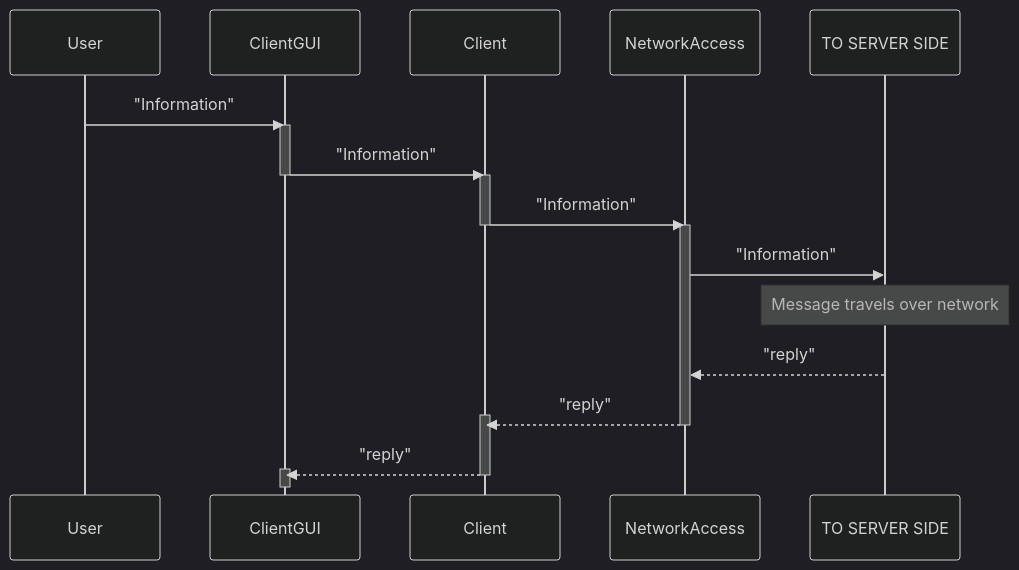
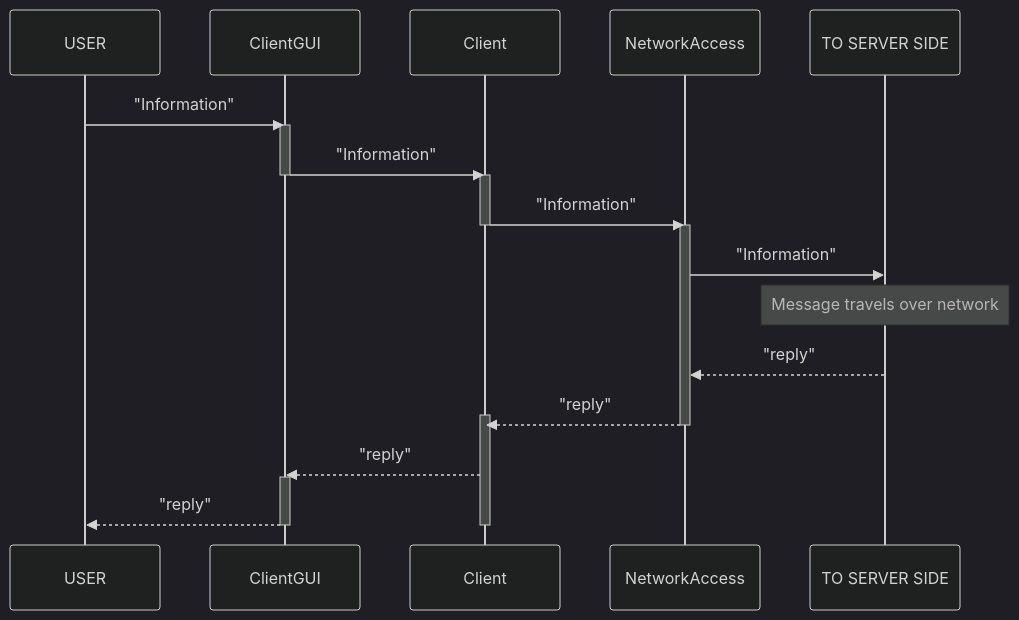
The first of 10 diagrams in Documentation/SequenceDiagrams.md (kalihale/SecureClientServerSystemFramework), drawn with Mermaid (dark theme) before and after one commit. The commit also changed other lines of this file and 2 other files, not shown here.

Commit message:
Added use case diagram

````diff
--- a/Documentation/SequenceDiagrams.md
+++ b/Documentation/SequenceDiagrams.md
@@ -2,21 +2,22 @@
 ```mermaid
 sequenceDiagram
-User ->> ClientGUI: "Information"
+USER ->> ClientGUI: "Information"
 activate ClientGUI
 ClientGUI ->> Client: "Information"
 deactivate ClientGUI
 activate Client
 Client ->> NetworkAccess: "Information"
 deactivate Client
 activate NetworkAccess
 NetworkAccess ->> TO SERVER SIDE: "Information"
 note over TO SERVER SIDE: Message travels over network
 TO SERVER SIDE -->> NetworkAccess: "reply"
 NetworkAccess -->> Client: "reply"
 activate Client
 deactivate NetworkAccess
 Client -->> ClientGUI: "reply"
+activate ClientGUI
+ClientGUI -->> USER: "reply"
 deactivate Client
-activate ClientGUI
 deactivate ClientGUI
 ```
````
